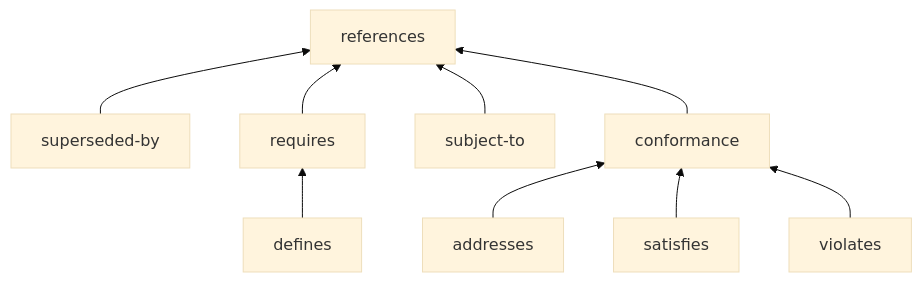
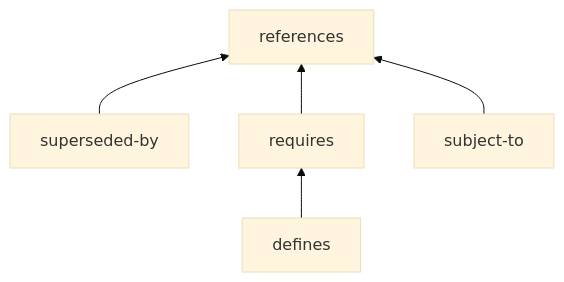
The fifth of 5 diagrams in specs/types/memory/memory.md (gastownhall/bdp), drawn with Mermaid (base theme) before and after one commit. The commit also changed other lines of this file and 4 other files, not shown here.

````diff
--- a/specs/types/memory/memory.md
+++ b/specs/types/memory/memory.md
@@ -588,11 +411,7 @@
 ```mermaid
 flowchart BT
     superseded_by["superseded-by"] --> references
     defines --> requires
     requires --> references
     subject_to["subject-to"] --> references
-    conformance --> references
-    addresses --> conformance
-    satisfies --> conformance
-    violates --> conformance
 ```
````
